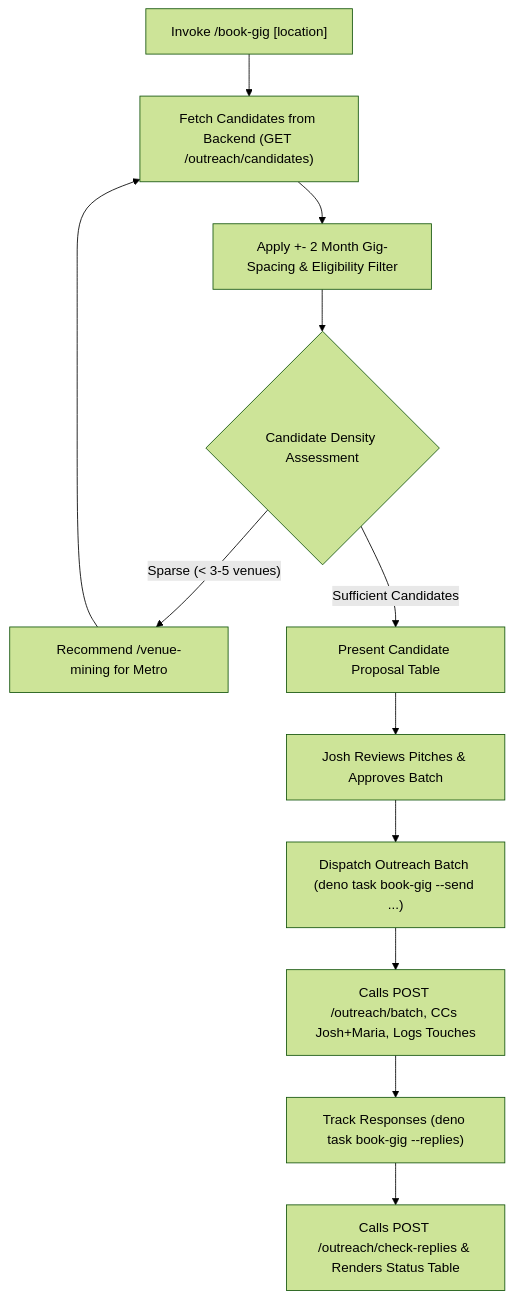
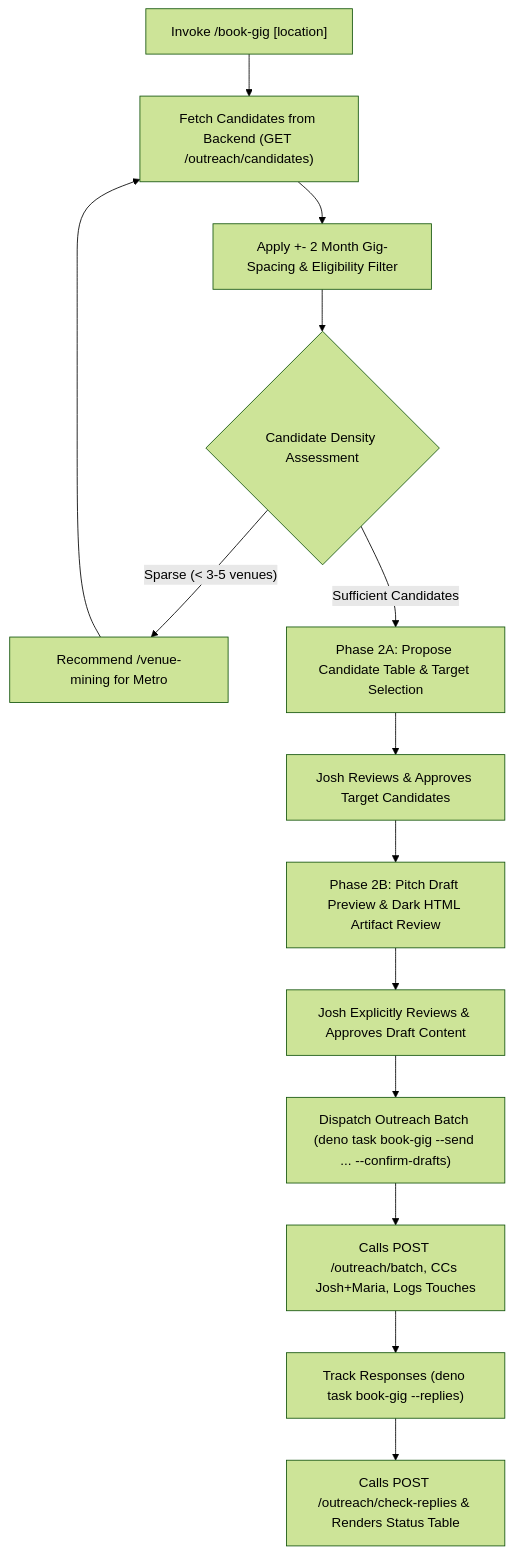
The diagram in skills/book-gig/SKILL.md (WebJamApps/web-jam-tools), drawn with Mermaid (forest theme) before and after one commit. The commit also changed other lines of this file, not shown here.

Commit message:
docs(book-gig): document two-stage approval gate in SKILL.md

````diff
--- a/skills/book-gig/SKILL.md
+++ b/skills/book-gig/SKILL.md
@@ -41,14 +41,16 @@
 ```mermaid
 graph TD
     A["Invoke /book-gig <weekend> [location]"] --> B["Fetch Candidates from Backend (GET /outreach/candidates)"]
     B --> C["Apply +- 2 Month Gig-Spacing & Eligibility Filter"]
     C --> D{"Candidate Density Assessment"}
     D -- "Sparse (< 3-5 venues)" --> E["Recommend /venue-mining for Metro"]
     E --> B
-    D -- "Sufficient Candidates" --> F["Present Candidate Proposal Table"]
-    F --> G["Josh Reviews Pitches & Approves Batch"]
-    G --> H["Dispatch Outreach Batch (deno task book-gig --send ...)"]
-    H --> I["Calls POST /outreach/batch, CCs Josh+Maria, Logs Touches"]
-    I --> J["Track Responses (deno task book-gig --replies)"]
-    J --> K["Calls POST /outreach/check-replies & Renders Status Table"]
+    D -- "Sufficient Candidates" --> F["Phase 2A: Propose Candidate Table & Target Selection"]
+    F --> G["Josh Reviews & Approves Target Candidates"]
+    G --> H["Phase 2B: Pitch Draft Preview & Dark HTML Artifact Review"]
+    H --> I["Josh Explicitly Reviews & Approves Draft Content"]
+    I --> J["Dispatch Outreach Batch (deno task book-gig --send ... --confirm-drafts)"]
+    J --> K["Calls POST /outreach/batch, CCs Josh+Maria, Logs Touches"]
+    K --> L["Track Responses (deno task book-gig --replies)"]
+    L --> M["Calls POST /outreach/check-replies & Renders Status Table"]
 ```
````
